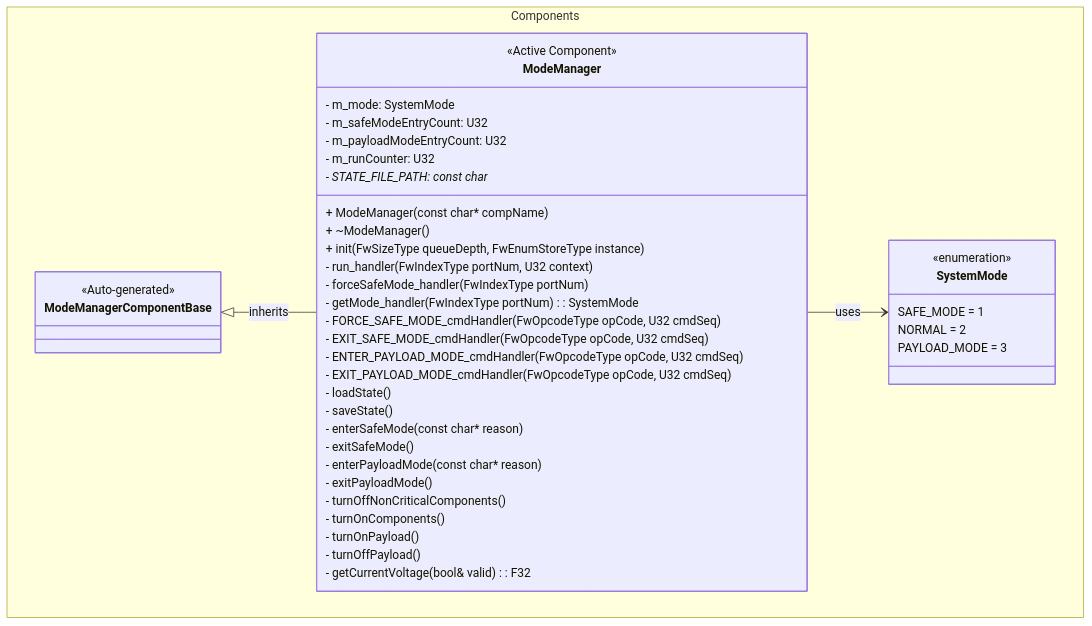
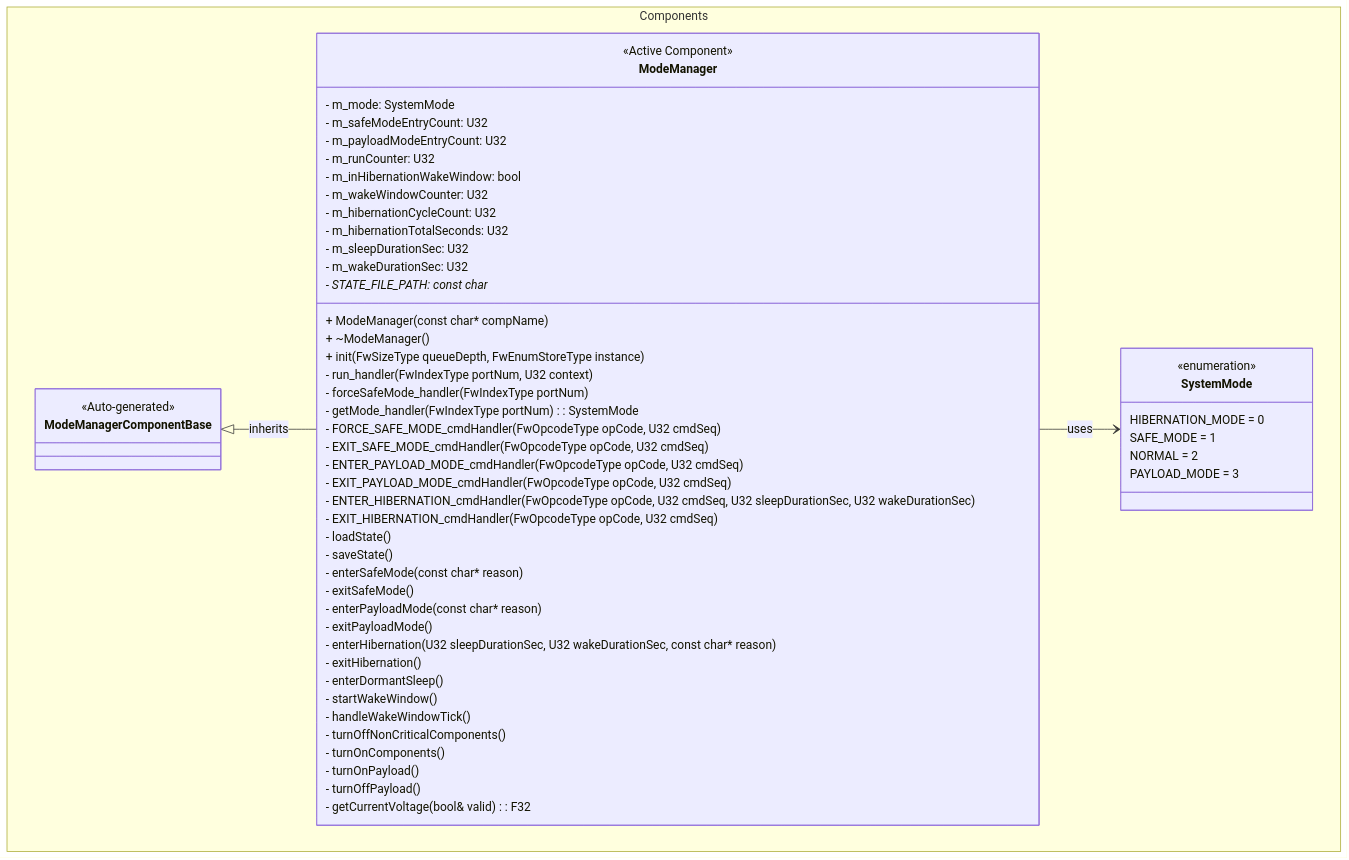
One commit to Open-Source-Space-Foundation/proves-core-reference changed the first of 12 diagrams in FprimeZephyrReference/Components/ModeManager/docs/sdd.md. Above: the diagram before and after it, drawn with Mermaid. The commit also changed other lines of this file and 11 other files, not shown here.

Commit message:
update hibernation mode

````diff
--- a/FprimeZephyrReference/Components/ModeManager/docs/sdd.md
+++ b/FprimeZephyrReference/Components/ModeManager/docs/sdd.md
@@ -96,45 +138,59 @@
 ```mermaid
 classDiagram
     namespace Components {
         class ModeManagerComponentBase {
             <<Auto-generated>>
         }
         class ModeManager {
             <<Active Component>>
             - m_mode: SystemMode
             - m_safeModeEntryCount: U32
             - m_payloadModeEntryCount: U32
             - m_runCounter: U32
+            - m_inHibernationWakeWindow: bool
+            - m_wakeWindowCounter: U32
+            - m_hibernationCycleCount: U32
+            - m_hibernationTotalSeconds: U32
+            - m_sleepDurationSec: U32
+            - m_wakeDurationSec: U32
             - STATE_FILE_PATH: const char*
             + ModeManager(const char* compName)
             + ~ModeManager()
             + init(FwSizeType queueDepth, FwEnumStoreType instance)
             - run_handler(FwIndexType portNum, U32 context)
             - forceSafeMode_handler(FwIndexType portNum)
             - getMode_handler(FwIndexType portNum): SystemMode
             - FORCE_SAFE_MODE_cmdHandler(FwOpcodeType opCode, U32 cmdSeq)
             - EXIT_SAFE_MODE_cmdHandler(FwOpcodeType opCode, U32 cmdSeq)
             - ENTER_PAYLOAD_MODE_cmdHandler(FwOpcodeType opCode, U32 cmdSeq)
             - EXIT_PAYLOAD_MODE_cmdHandler(FwOpcodeType opCode, U32 cmdSeq)
+            - ENTER_HIBERNATION_cmdHandler(FwOpcodeType opCode, U32 cmdSeq, U32 sleepDurationSec, U32 wakeDurationSec)
+            - EXIT_HIBERNATION_cmdHandler(FwOpcodeType opCode, U32 cmdSeq)
             - loadState()
             - saveState()
             - enterSafeMode(const char* reason)
             - exitSafeMode()
             - enterPayloadMode(const char* reason)
             - exitPayloadMode()
+            - enterHibernation(U32 sleepDurationSec, U32 wakeDurationSec, const char* reason)
+            - exitHibernation()
+            - enterDormantSleep()
+            - startWakeWindow()
+            - handleWakeWindowTick()
             - turnOffNonCriticalComponents()
             - turnOnComponents()
             - turnOnPayload()
             - turnOffPayload()
             - getCurrentVoltage(bool& valid): F32
         }
         class SystemMode {
             <<enumeration>>
+            HIBERNATION_MODE = 0
             SAFE_MODE = 1
             NORMAL = 2
             PAYLOAD_MODE = 3
         }
     }
     ModeManagerComponentBase <|-- ModeManager : inherits
     ModeManager --> SystemMode : uses
 ```
````
